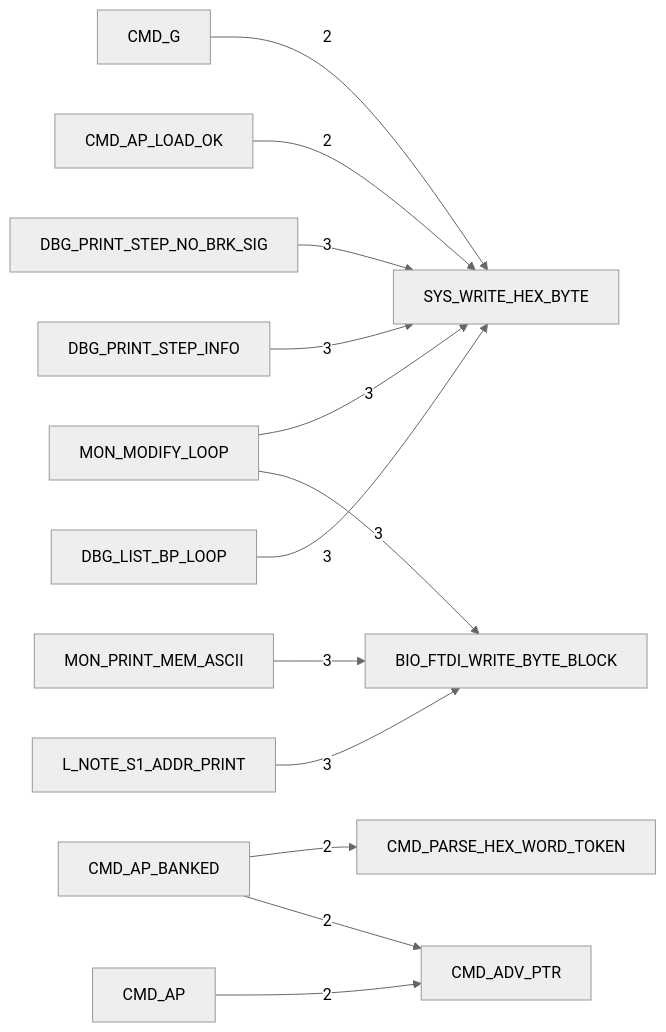
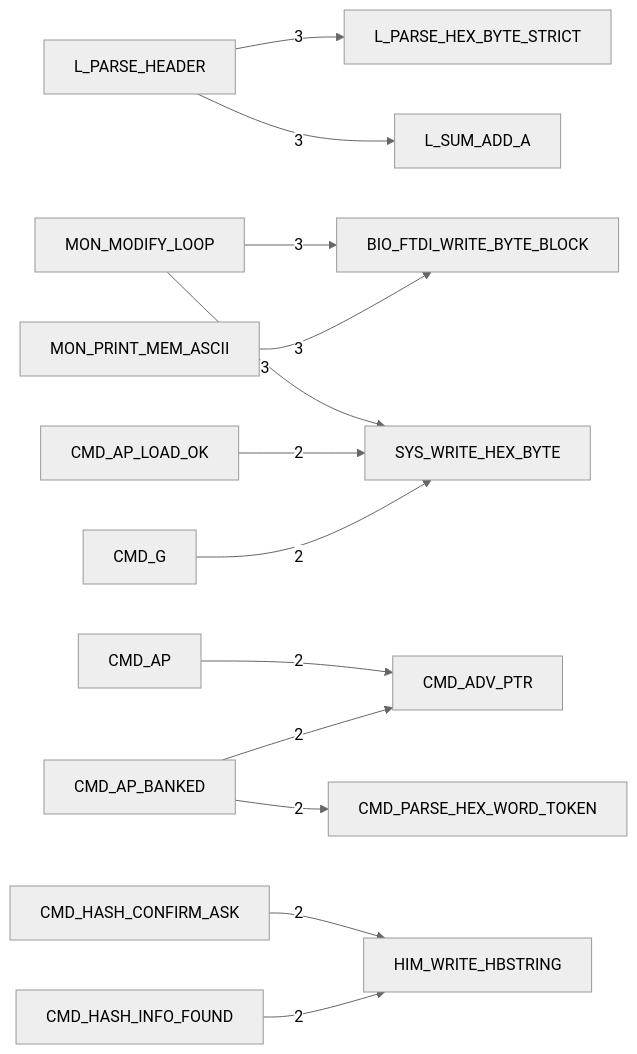
One commit to 95westus/R-YORS changed the third of 6 diagrams in DOC/GENERATED/HIMON_COMMAND_MAP.md. Above: the diagram before and after it, drawn with Mermaid (neutral theme). The commit also changed other lines of this file and 65 other files, not shown here.

````diff
--- a/DOC/GENERATED/HIMON_COMMAND_MAP.md
+++ b/DOC/GENERATED/HIMON_COMMAND_MAP.md
@@ -42,15 +42,15 @@
 ```mermaid
 flowchart LR
-    N_DBG_LIST_BP_LOOP[DBG_LIST_BP_LOOP] -->|3| N_SYS_WRITE_HEX_BYTE[SYS_WRITE_HEX_BYTE]
-    N_DBG_PRINT_STEP_INFO[DBG_PRINT_STEP_INFO] -->|3| N_SYS_WRITE_HEX_BYTE[SYS_WRITE_HEX_BYTE]
-    N_DBG_PRINT_STEP_NO_BRK_SIG[DBG_PRINT_STEP_NO_BRK_SIG] -->|3| N_SYS_WRITE_HEX_BYTE[SYS_WRITE_HEX_BYTE]
-    N_L_NOTE_S1_ADDR_PRINT[L_NOTE_S1_ADDR_PRINT] -->|3| N_BIO_FTDI_WRITE_BYTE_BLOCK[BIO_FTDI_WRITE_BYTE_BLOCK]
+    N_L_PARSE_HEADER[L_PARSE_HEADER] -->|3| N_L_PARSE_HEX_BYTE_STRICT[L_PARSE_HEX_BYTE_STRICT]
+    N_L_PARSE_HEADER[L_PARSE_HEADER] -->|3| N_L_SUM_ADD_A[L_SUM_ADD_A]
     N_MON_MODIFY_LOOP[MON_MODIFY_LOOP] -->|3| N_BIO_FTDI_WRITE_BYTE_BLOCK[BIO_FTDI_WRITE_BYTE_BLOCK]
     N_MON_MODIFY_LOOP[MON_MODIFY_LOOP] -->|3| N_SYS_WRITE_HEX_BYTE[SYS_WRITE_HEX_BYTE]
     N_MON_PRINT_MEM_ASCII[MON_PRINT_MEM_ASCII] -->|3| N_BIO_FTDI_WRITE_BYTE_BLOCK[BIO_FTDI_WRITE_BYTE_BLOCK]
     N_CMD_AP[CMD_AP] -->|2| N_CMD_ADV_PTR[CMD_ADV_PTR]
     N_CMD_AP_BANKED[CMD_AP_BANKED] -->|2| N_CMD_ADV_PTR[CMD_ADV_PTR]
     N_CMD_AP_BANKED[CMD_AP_BANKED] -->|2| N_CMD_PARSE_HEX_WORD_TOKEN[CMD_PARSE_HEX_WORD_TOKEN]
     N_CMD_AP_LOAD_OK[CMD_AP_LOAD_OK] -->|2| N_SYS_WRITE_HEX_BYTE[SYS_WRITE_HEX_BYTE]
     N_CMD_G[CMD_G] -->|2| N_SYS_WRITE_HEX_BYTE[SYS_WRITE_HEX_BYTE]
+    N_CMD_HASH_CONFIRM_ASK[CMD_HASH_CONFIRM_ASK] -->|2| N_HIM_WRITE_HBSTRING[HIM_WRITE_HBSTRING]
+    N_CMD_HASH_INFO_FOUND[CMD_HASH_INFO_FOUND] -->|2| N_HIM_WRITE_HBSTRING[HIM_WRITE_HBSTRING]
 ```
````
